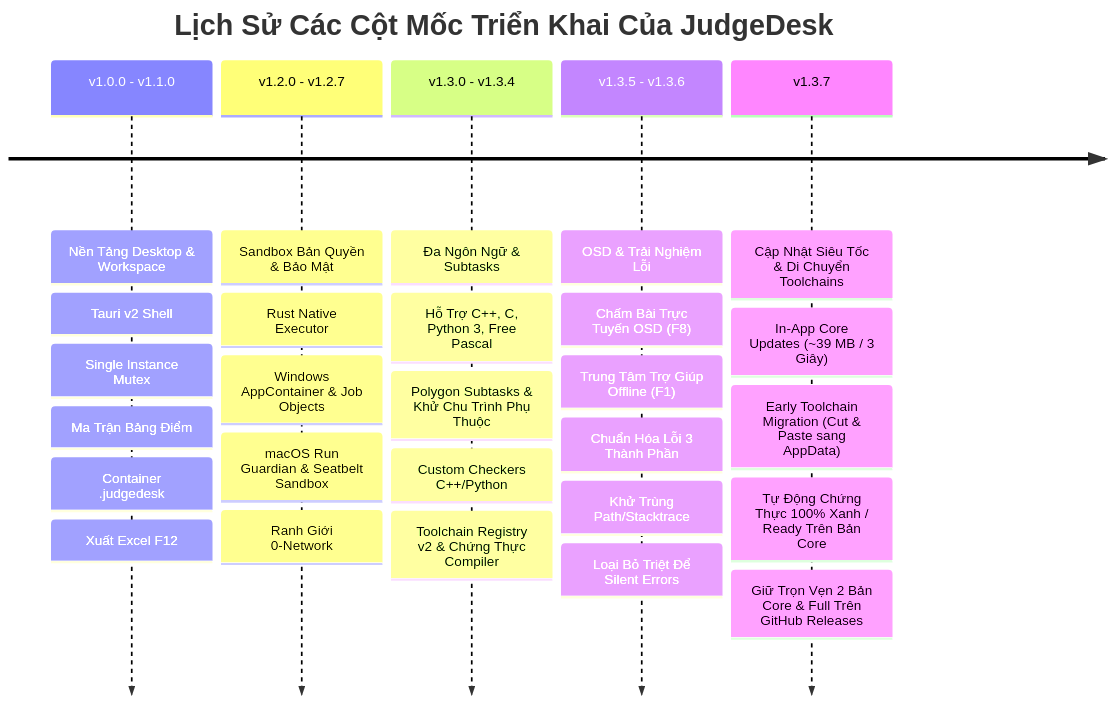
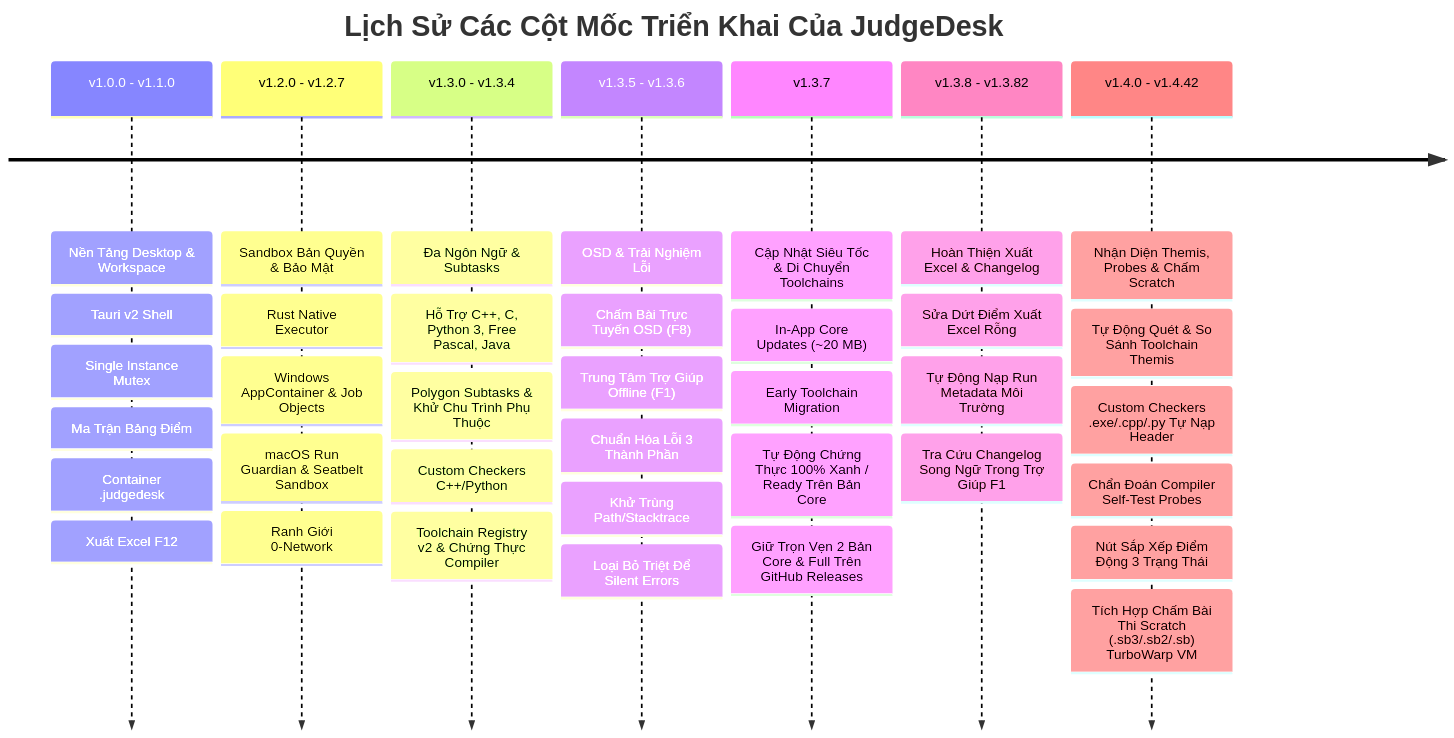
Before and after one commit to ducminh25/judgedesk-source: the diagram in docs/IMPLEMENTATION_PLAN.md, drawn with Mermaid. The commit also changed other lines of this file and 12 other files, not shown here.

````diff
--- a/docs/IMPLEMENTATION_PLAN.md
+++ b/docs/IMPLEMENTATION_PLAN.md
@@ -14,9 +14,11 @@
 ```mermaid
 timeline
     title Lịch Sử Các Cột Mốc Triển Khai Của JudgeDesk
     v1.0.0 - v1.1.0 : Nền Tảng Desktop & Workspace : Tauri v2 Shell : Single Instance Mutex : Ma Trận Bảng Điểm : Container .judgedesk : Xuất Excel F12
     v1.2.0 - v1.2.7 : Sandbox Bản Quyền & Bảo Mật : Rust Native Executor : Windows AppContainer & Job Objects : macOS Run Guardian & Seatbelt Sandbox : Ranh Giới 0-Network
-    v1.3.0 - v1.3.4 : Đa Ngôn Ngữ & Subtasks : Hỗ Trợ C++, C, Python 3, Free Pascal : Polygon Subtasks & Khử Chu Trình Phụ Thuộc : Custom Checkers C++/Python : Toolchain Registry v2 & Chứng Thực Compiler
+    v1.3.0 - v1.3.4 : Đa Ngôn Ngữ & Subtasks : Hỗ Trợ C++, C, Python 3, Free Pascal, Java : Polygon Subtasks & Khử Chu Trình Phụ Thuộc : Custom Checkers C++/Python : Toolchain Registry v2 & Chứng Thực Compiler
     v1.3.5 - v1.3.6 : OSD & Trải Nghiệm Lỗi : Chấm Bài Trực Tuyến OSD (F8) : Trung Tâm Trợ Giúp Offline (F1) : Chuẩn Hóa Lỗi 3 Thành Phần : Khử Trùng Path/Stacktrace : Loại Bỏ Triệt Để Silent Errors
-    v1.3.7 : Cập Nhật Siêu Tốc & Di Chuyển Toolchains : In-App Core Updates (~39 MB / 3 Giây) : Early Toolchain Migration (Cut & Paste sang AppData) : Tự Động Chứng Thực 100% Xanh / Ready Trên Bản Core : Giữ Trọn Vẹn 2 Bản Core & Full Trên GitHub Releases
+    v1.3.7 : Cập Nhật Siêu Tốc & Di Chuyển Toolchains : In-App Core Updates (~20 MB) : Early Toolchain Migration : Tự Động Chứng Thực 100% Xanh / Ready Trên Bản Core : Giữ Trọn Vẹn 2 Bản Core & Full Trên GitHub Releases
+    v1.3.8 - v1.3.82 : Hoàn Thiện Xuất Excel & Changelog : Sửa Dứt Điểm Xuất Excel Rỗng : Tự Động Nạp Run Metadata Môi Trường : Tra Cứu Changelog Song Ngữ Trong Trợ Giúp F1
+    v1.4.0 - v1.4.42 : Nhận Diện Themis, Probes & Chấm Scratch : Tự Động Quét & So Sánh Toolchain Themis : Custom Checkers .exe/.cpp/.py Tự Nạp Header : Chẩn Đoán Compiler Self-Test Probes : Nút Sắp Xếp Điểm Động 3 Trạng Thái : Tích Hợp Chấm Bài Thi Scratch (.sb3/.sb2/.sb) TurboWarp VM
 ```
````
